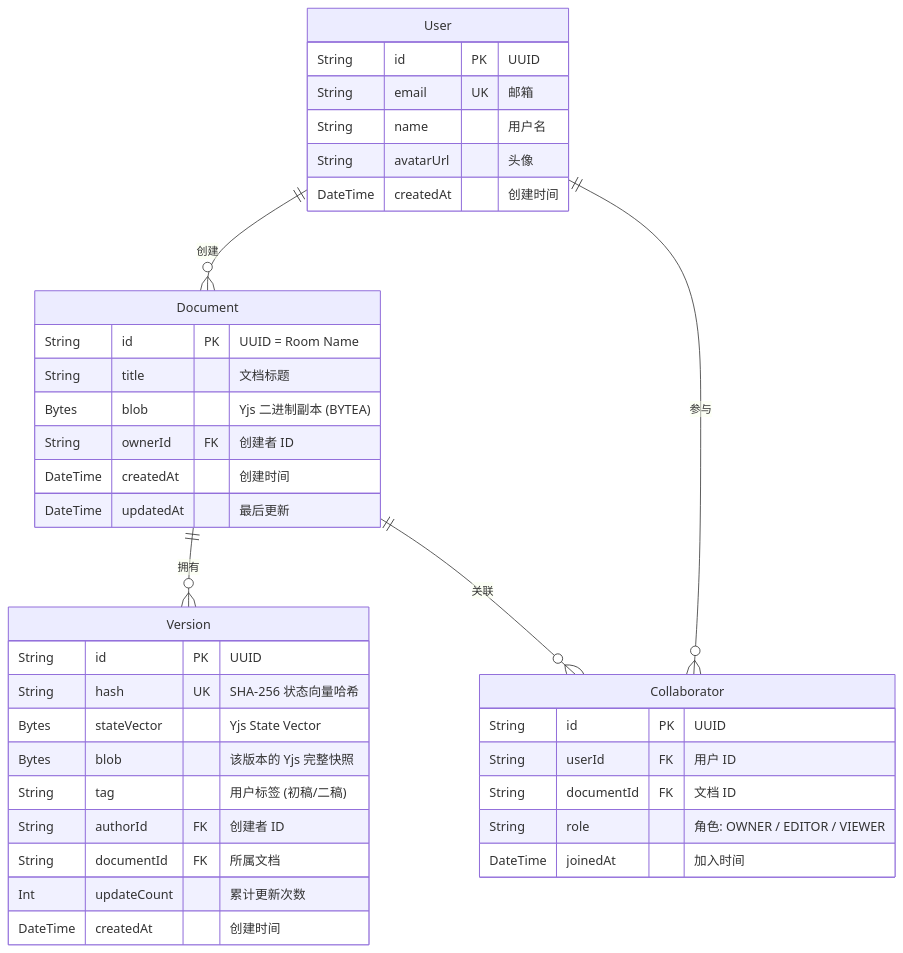
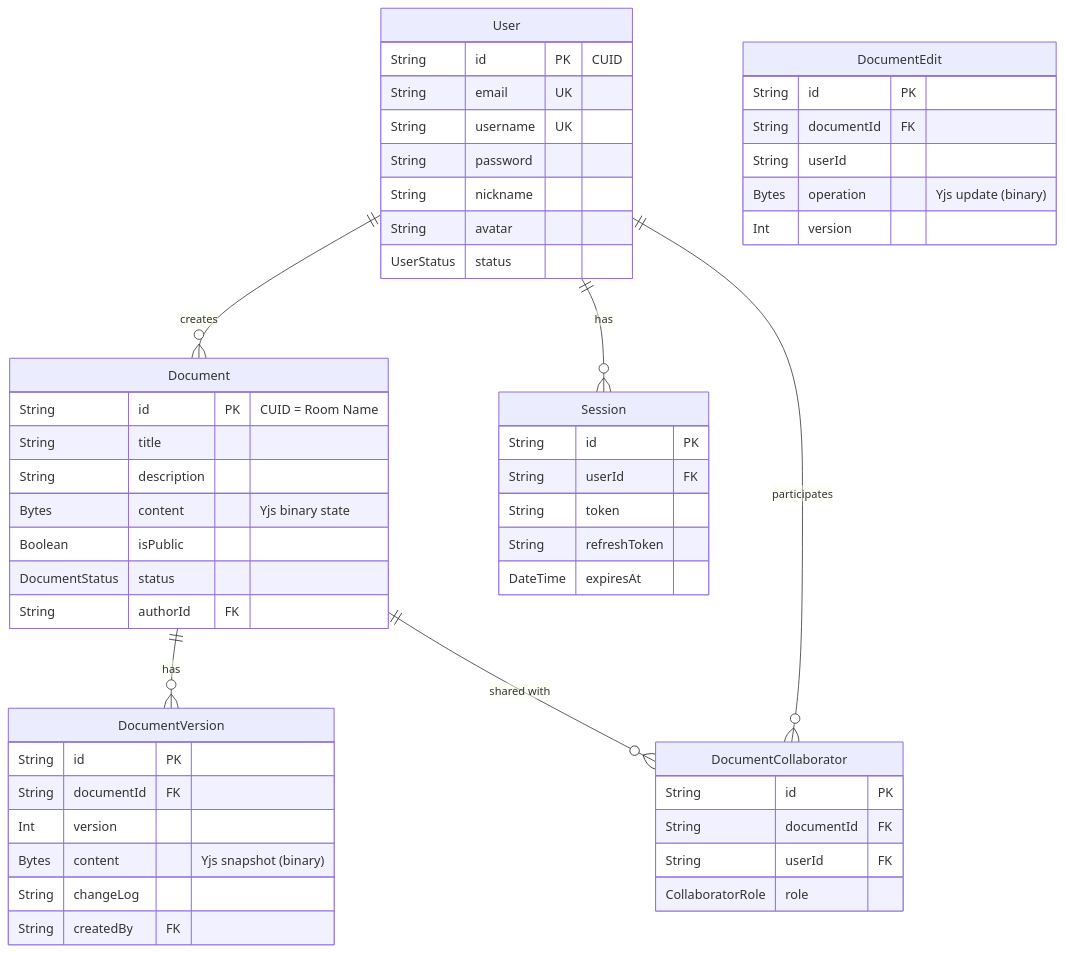
The ninth of 12 diagrams in README.md (monazite1s/SyncDoc), drawn with Mermaid before and after one commit. The commit also changed other lines of this file and 112 other files, not shown here.

````diff
--- a/README.md
+++ b/README.md
@@ -367,44 +543,60 @@
 ```mermaid
 erDiagram
-    User ||--o{ Document : "创建"
-    Document ||--o{ Version : "拥有"
-    Document ||--o{ Collaborator : "关联"
-    User ||--o{ Collaborator : "参与"
+    User ||--o{ Document : "creates"
+    Document ||--o{ DocumentVersion : "has"
+    Document ||--o{ DocumentCollaborator : "shared with"
+    User ||--o{ DocumentCollaborator : "participates"
+    User ||--o{ Session : "has"
 
     User {
-        String id PK "UUID"
-        String email UK "邮箱"
-        String name "用户名"
-        String avatarUrl "头像"
-        DateTime createdAt "创建时间"
+        String id PK "CUID"
+        String email UK
+        String username UK
+        String password
+        String nickname
+        String avatar
+        UserStatus status
     }
 
     Document {
-        String id PK "UUID = Room Name"
-        String title "文档标题"
-        Bytes blob "Yjs 二进制副本 (BYTEA)"
-        String ownerId FK "创建者 ID"
-        DateTime createdAt "创建时间"
-        DateTime updatedAt "最后更新"
+        String id PK "CUID = Room Name"
+        String title
+        String description
+        Bytes content "Yjs binary state"
+        Boolean isPublic
+        DocumentStatus status
+        String authorId FK
     }
 
-    Version {
-        String id PK "UUID"
-        String hash UK "SHA-256 状态向量哈希"
-        Bytes stateVector "Yjs State Vector"
-        Bytes blob "该版本的 Yjs 完整快照"
-        String tag "用户标签 (初稿/二稿)"
-        String authorId FK "创建者 ID"
-        String documentId FK "所属文档"
-        Int updateCount "累计更新次数"
-        DateTime createdAt "创建时间"
+    DocumentVersion {
+        String id PK
+        String documentId FK
+        Int version
+        Bytes content "Yjs snapshot (binary)"
+        String changeLog
+        String createdBy FK
     }
 
-    Collaborator {
-        String id PK "UUID"
-        String userId FK "用户 ID"
-        String documentId FK "文档 ID"
-        String role "角色: OWNER / EDITOR / VIEWER"
-        DateTime joinedAt "加入时间"
+    DocumentEdit {
+        String id PK
+        String documentId FK
+        String userId
+        Bytes operation "Yjs update (binary)"
+        Int version
+    }
+
+    DocumentCollaborator {
+        String id PK
+        String documentId FK
+        String userId FK
+        CollaboratorRole role
+    }
+
+    Session {
+        String id PK
+        String userId FK
+        String token
+        String refreshToken
+        DateTime expiresAt
     }
 ```
````
